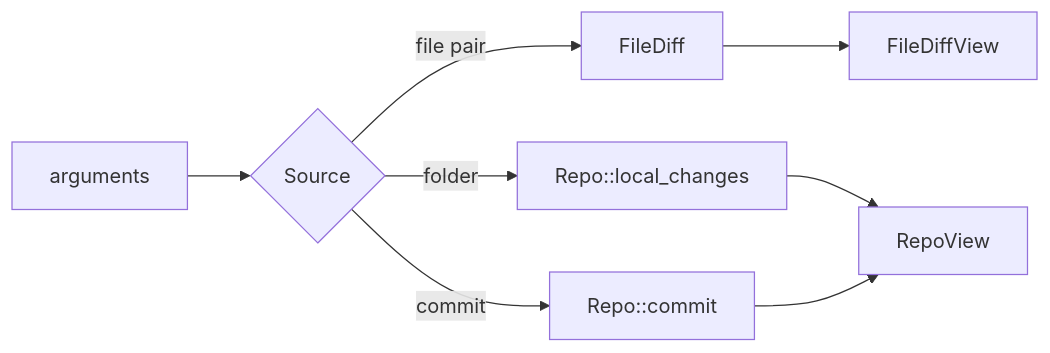
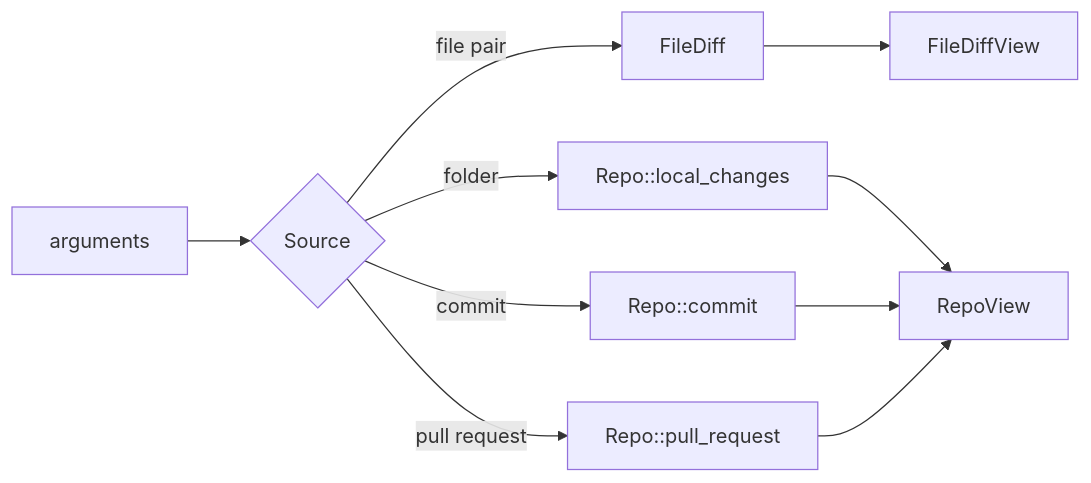
Before and after one commit to akemkers/jetdiff: the diagram in crates/jetdiff/README.md, drawn with Mermaid. The commit also changed other lines of this file and 25 other files, not shown here.

````diff
--- a/crates/jetdiff/README.md
+++ b/crates/jetdiff/README.md
@@ -19,7 +19,8 @@
 ```mermaid
 graph LR
     args[arguments] --> source{Source}
     source -- file pair --> fd[FileDiff] --> fdv[FileDiffView]
     source -- folder --> local[Repo::local_changes] --> rv[RepoView]
     source -- commit --> c[Repo::commit] --> rv
+    source -- pull request --> pr[Repo::pull_request] --> rv
 ```
````
